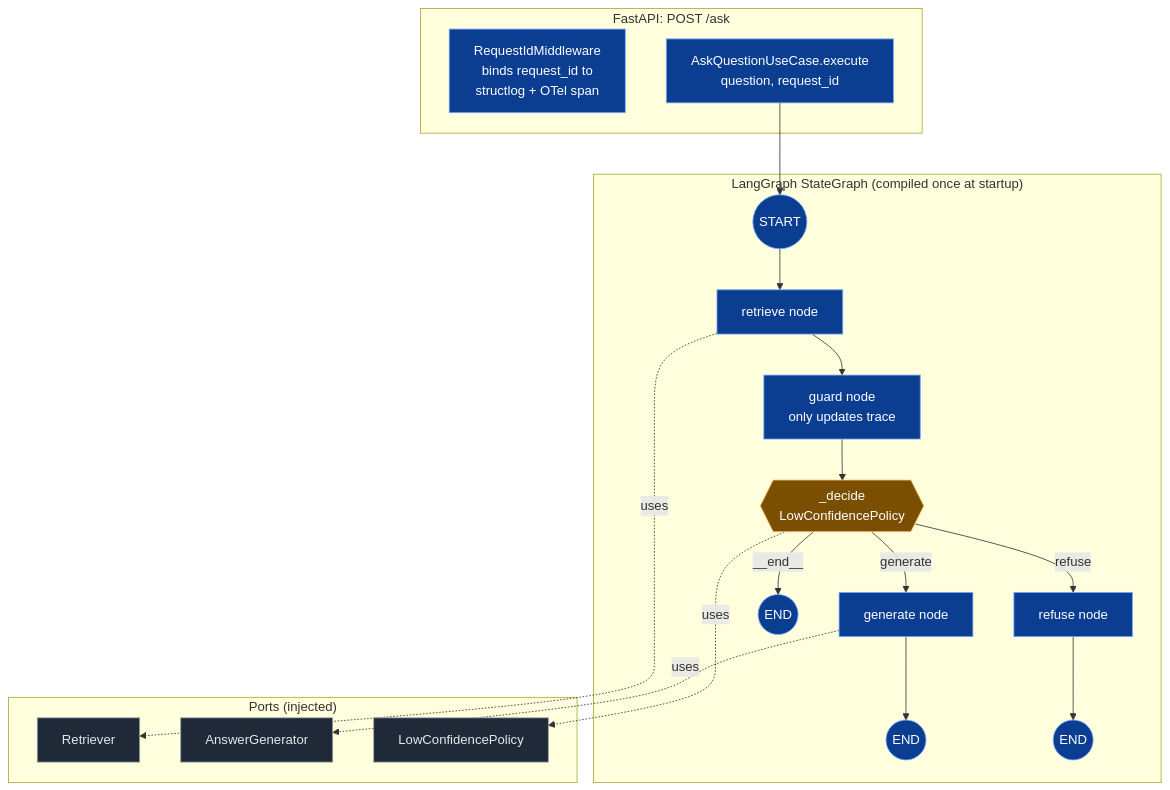
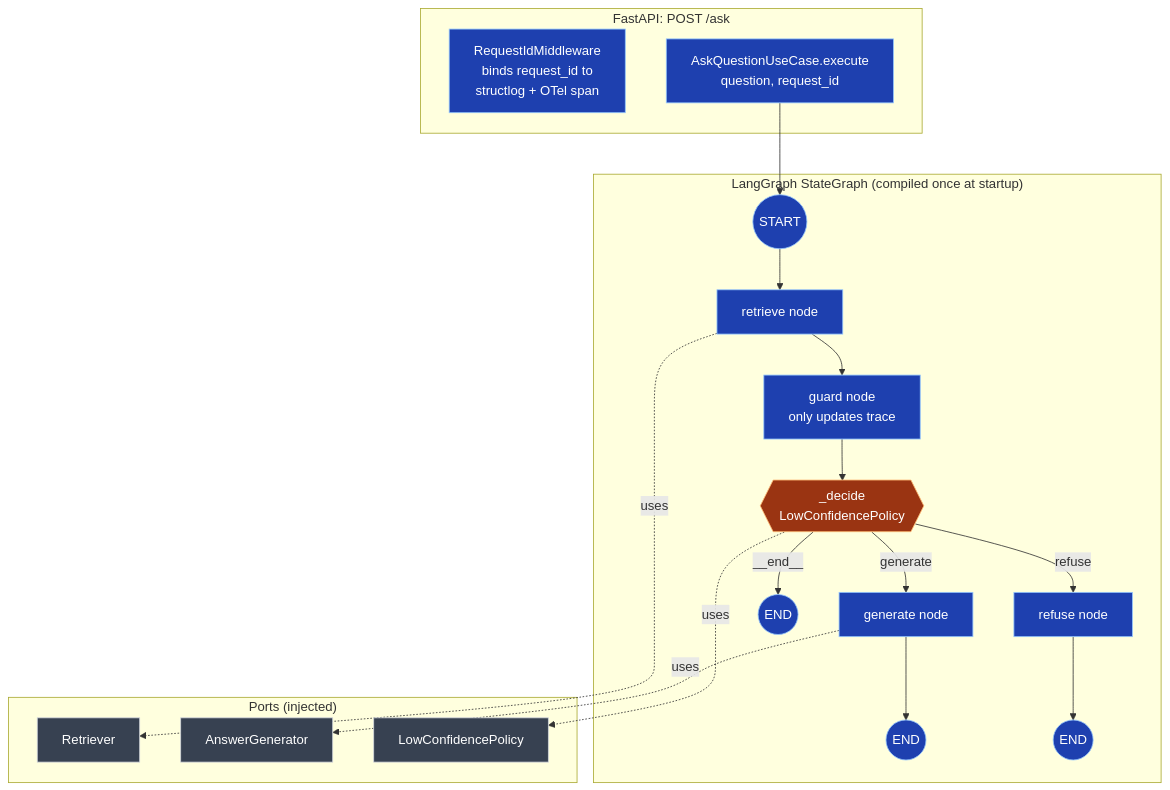
The diagram in docs/c4/4-deep-dive-answering.md (bruj0/support-agent), drawn with Mermaid before and after one commit. The commit also changed 3 other files, not shown here.

````diff
--- a/docs/c4/4-deep-dive-answering.md
+++ b/docs/c4/4-deep-dive-answering.md
@@ -10,36 +10,36 @@
 ```mermaid
 flowchart TD
     subgraph API["FastAPI: POST /ask"]
         MW[RequestIdMiddleware<br/>binds request_id to<br/>structlog + OTel span]
         USE[AskQuestionUseCase.execute<br/>question, request_id]
     end
 
     subgraph GRAPH["LangGraph StateGraph (compiled once at startup)"]
         START((START)) --> RET[retrieve node]
         RET --> GUARD[guard node<br/>only updates trace]
         GUARD --> EDGE{{_decide<br/>LowConfidencePolicy}}
         EDGE -->|"generate"| GEN[generate node]
         EDGE -->|"refuse"| REF[refuse node]
         EDGE -->|"__end__"| END0((END))
         GEN --> END1((END))
         REF --> END2((END))
     end
 
     subgraph PORTS["Ports (injected)"]
         RETR[Retriever]
         GEN2[AnswerGenerator]
         POL[LowConfidencePolicy]
     end
 
     USE --> START
     RET -.uses.-> RETR
     GEN -.uses.-> GEN2
     EDGE -.uses.-> POL
 
-    classDef node fill:#0b3d91,stroke:#7aa7ff,color:#ffffff;
-    classDef edge fill:#7a4f01,stroke:#ffc46b,color:#ffffff;
-    classDef ext fill:#1f2937,stroke:#9ca3af,color:#e5e7eb;
+    classDef node fill:#1e40af,stroke:#93c5fd,color:#ffffff;
+    classDef edge fill:#9a3412,stroke:#fdba74,color:#ffffff;
+    classDef ext fill:#374151,stroke:#d1d5db,color:#ffffff;
     class RET,GUARD,GEN,REF node;
     class EDGE edge;
     class RETR,GEN2,POL ext;
 ```
````
